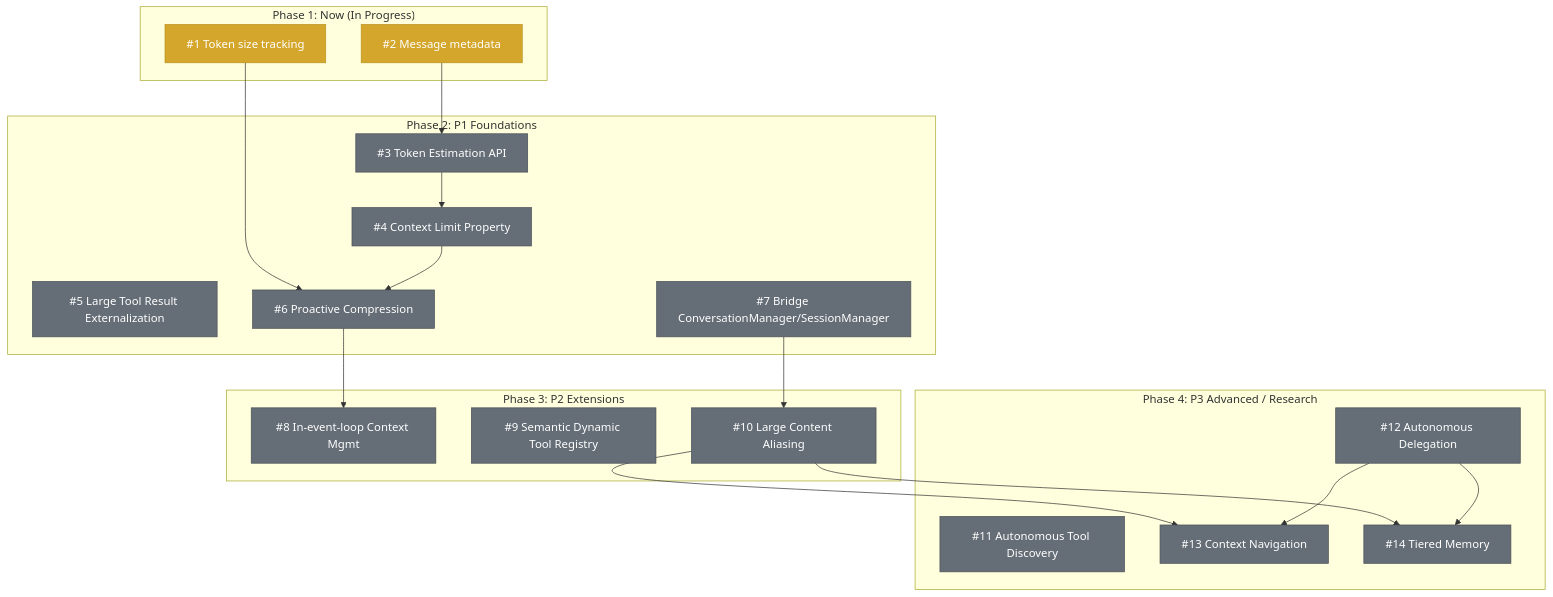
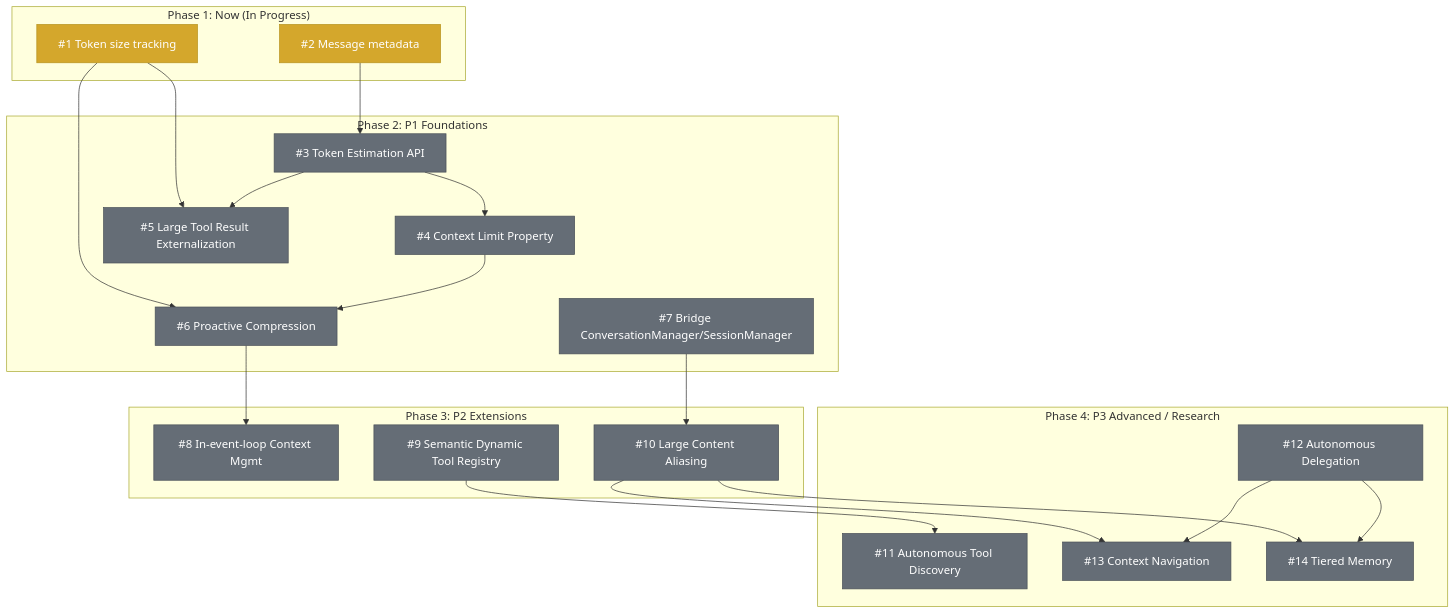
The diagram in context-management/docs/ROADMAP.md (lizradway/strands-mono), drawn with Mermaid before and after one commit. The commit also changed other lines of this file, not shown here.

Commit message:
some final fixes to roadmap

````diff
--- a/context-management/docs/ROADMAP.md
+++ b/context-management/docs/ROADMAP.md
@@ -60,46 +62,49 @@
 ```mermaid
 graph TD
     subgraph "Phase 1: Now (In Progress)"
         T1["#1 Token size tracking"]
         T2["#2 Message metadata"]
     end
 
     subgraph "Phase 2: P1 Foundations"
         T3["#3 Token Estimation API"]
         T4["#4 Context Limit Property"]
         T5["#5 Large Tool Result Externalization"]
         T6["#6 Proactive Compression"]
         T7["#7 Bridge ConversationManager/SessionManager"]
     end
 
     subgraph "Phase 3: P2 Extensions"
         T8["#8 In-event-loop Context Mgmt"]
         T9["#9 Semantic Dynamic Tool Registry"]
         T10["#10 Large Content Aliasing"]
     end
 
     subgraph "Phase 4: P3 Advanced / Research"
         T11["#11 Autonomous Tool Discovery"]
         T12["#12 Autonomous Delegation"]
         T13["#13 Context Navigation"]
         T14["#14 Tiered Memory"]
     end
 
     T2 --> T3
     T3 --> T4
     T1 --> T6
     T4 --> T6
+    T1 --> T5
+    T3 --> T5
     T6 --> T8
     T7 --> T10
+    T9 --> T11
     T10 --> T13
     T12 --> T13
     T10 --> T14
     T12 --> T14
 
     classDef inprogress fill:#d4a72c,color:#fff,stroke:#b8941f
     classDef todo fill:#656d76,color:#fff,stroke:#4a5058
     classDef done fill:#2da44e,color:#fff,stroke:#238636
 
     class T1,T2 inprogress
     class T3,T4,T5,T6,T7,T8,T9,T10,T11,T12,T13,T14 todo
 ```
````
